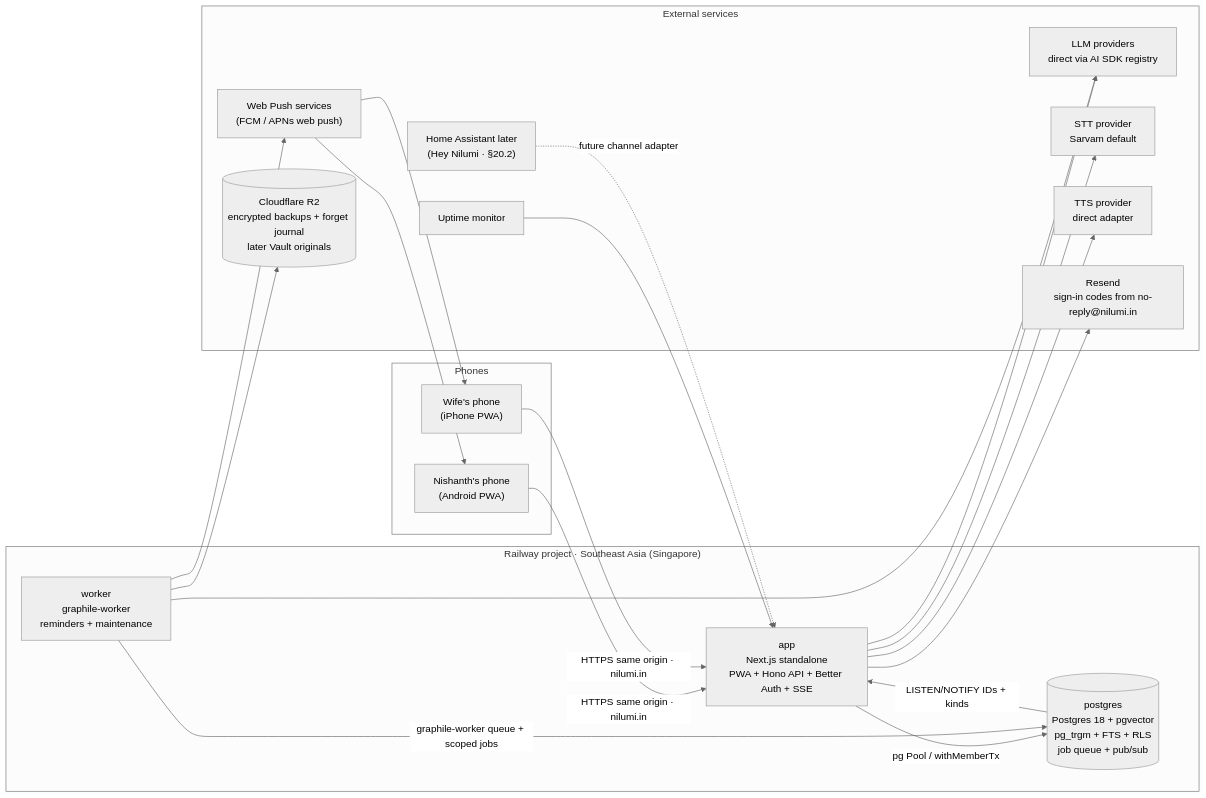
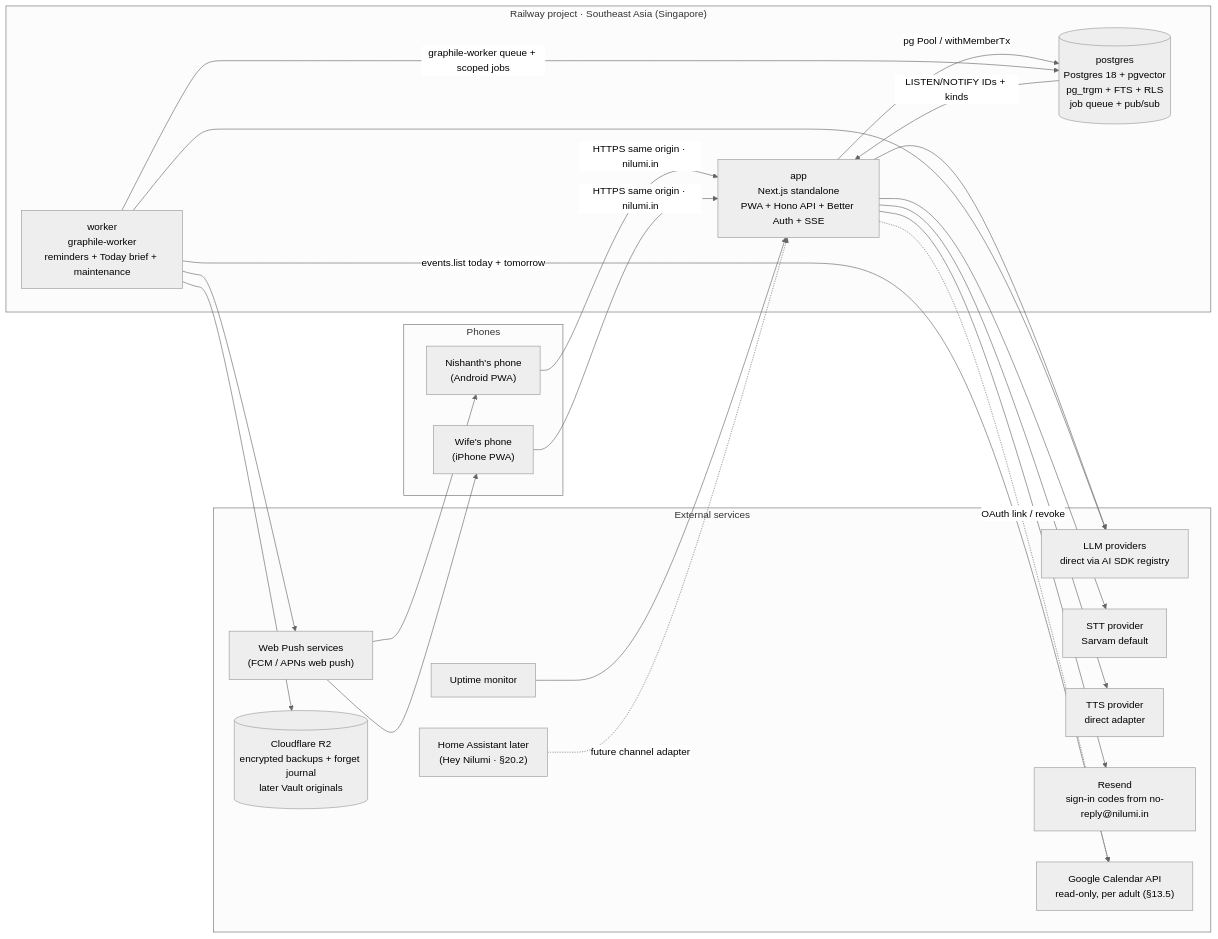
One commit to nishanthturnstile/nilumi changed the first of 3 diagrams in docs/02-architecture.md. Above: the diagram before and after it, drawn with Mermaid (neutral theme). The commit also changed other lines of this file and 23 other files, not shown here.

````diff
--- a/docs/02-architecture.md
+++ b/docs/02-architecture.md
@@ -55,38 +62,41 @@
 ```mermaid
 flowchart LR
   subgraph Phones
     A["Nishanth's phone<br/>(Android PWA)"]
     B["Wife's phone<br/>(iPhone PWA)"]
   end
 
   subgraph Rail["Railway project · Southeast Asia (Singapore)"]
     APP["app<br/>Next.js standalone<br/>PWA + Hono API + Better Auth + SSE"]
-    WORKER["worker<br/>graphile-worker<br/>reminders + maintenance"]
+    WORKER["worker<br/>graphile-worker<br/>reminders + Today brief + maintenance"]
     PG[("postgres<br/>Postgres 18 + pgvector<br/>pg_trgm + FTS + RLS<br/>job queue + pub/sub")]
   end
 
   subgraph External["External services"]
     LLM["LLM providers<br/>direct via AI SDK registry"]
     STT["STT provider<br/>Sarvam default"]
     TTS["TTS provider<br/>direct adapter"]
     PUSH["Web Push services<br/>(FCM / APNs web push)"]
     R2[("Cloudflare R2<br/>encrypted backups + forget journal<br/>later Vault originals")]
     RESEND["Resend<br/>sign-in codes from no-reply@nilumi.in"]
     MON["Uptime monitor"]
+    GCAL["Google Calendar API<br/>read-only, per adult (§13.5)"]
     HA["Home Assistant later<br/>(Hey Nilumi · §20.2)"]
   end
 
   A & B -- "HTTPS same origin · nilumi.in" --> APP
   APP -- "pg Pool / withMemberTx" --> PG
   WORKER -- "graphile-worker queue + scoped jobs" --> PG
   PG -- "LISTEN/NOTIFY IDs + kinds" --> APP
   APP --> LLM
   APP --> STT
   APP --> TTS
   APP --> RESEND
   WORKER --> LLM
   WORKER --> PUSH --> A & B
   WORKER --> R2
+  APP -. "OAuth link / revoke" .-> GCAL
+  WORKER -- "events.list today + tomorrow" --> GCAL
   MON --> APP
   HA -. "future channel adapter" .-> APP
 ```
````
